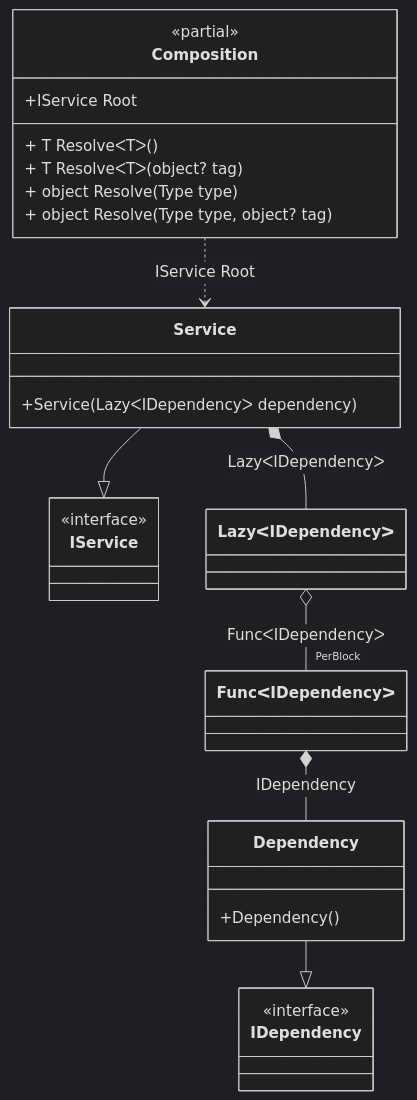
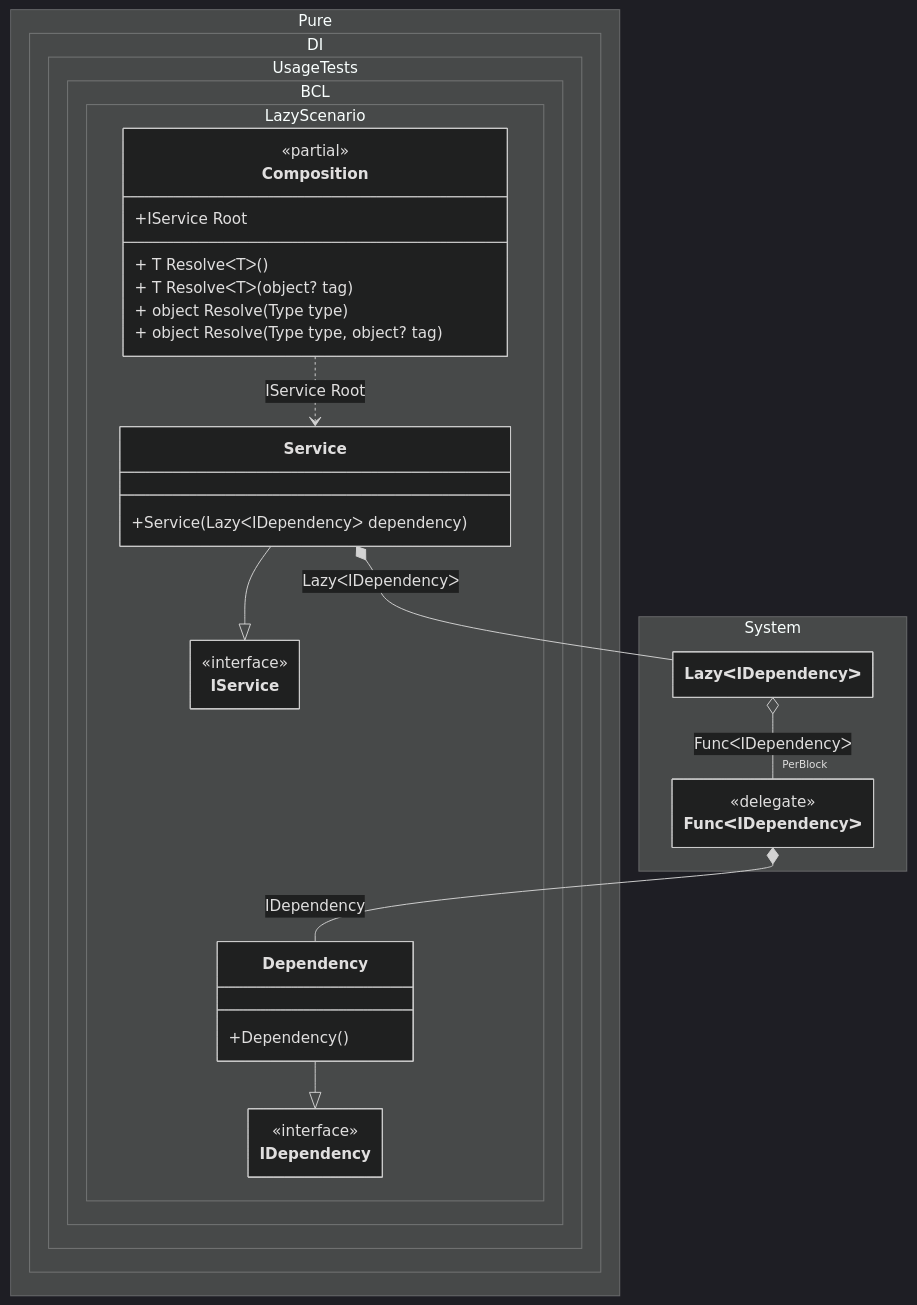
One commit to DevTeam/Pure.DI changed the diagram in readme/lazy.md. Above: the diagram before and after it, drawn with Mermaid (dark theme). The commit also changed 103 other files, not shown here.

Commit message:
Improved class diagrams

````diff
--- a/readme/lazy.md
+++ b/readme/lazy.md
@@ -188,31 +188,43 @@
 ```mermaid
+---
+ config:
+  class:
+   hideEmptyMembersBox: true
+---
 classDiagram
-	class Composition {
+	Service --|> IService
+	Dependency --|> IDependency
+	Composition ..> Service : IService Root
+	Service *--  LazyᐸIDependencyᐳ : LazyᐸIDependencyᐳ
+	LazyᐸIDependencyᐳ o-- "PerBlock" FuncᐸIDependencyᐳ : FuncᐸIDependencyᐳ
+	FuncᐸIDependencyᐳ *--  Dependency : IDependency
+	namespace Pure.DI.UsageTests.BCL.LazyScenario {
+		class Composition {
 		<<partial>>
 		+IService Root
 		+ T ResolveᐸTᐳ()
 		+ T ResolveᐸTᐳ(object? tag)
 		+ object Resolve(Type type)
 		+ object Resolve(Type type, object? tag)
+		}
+		class Dependency {
+			+Dependency()
+		}
+		class IDependency {
+			<<interface>>
+		}
+		class IService {
+			<<interface>>
+		}
+		class Service {
+			+Service(LazyᐸIDependencyᐳ dependency)
+		}
 	}
-	Service --|> IService
-	class Service {
-		+Service(LazyᐸIDependencyᐳ dependency)
+	namespace System {
+		class FuncᐸIDependencyᐳ {
+				<<delegate>>
+		}
+		class LazyᐸIDependencyᐳ {
+		}
 	}
-	class LazyᐸIDependencyᐳ
-	class FuncᐸIDependencyᐳ
-	Dependency --|> IDependency
-	class Dependency {
-		+Dependency()
-	}
-	class IService {
-		<<interface>>
-	}
-	class IDependency {
-		<<interface>>
-	}
-	Composition ..> Service : IService Root
-	Service *--  LazyᐸIDependencyᐳ : LazyᐸIDependencyᐳ
-	LazyᐸIDependencyᐳ o-- "PerBlock" FuncᐸIDependencyᐳ : FuncᐸIDependencyᐳ
-	FuncᐸIDependencyᐳ *--  Dependency : IDependency
 ```
````
